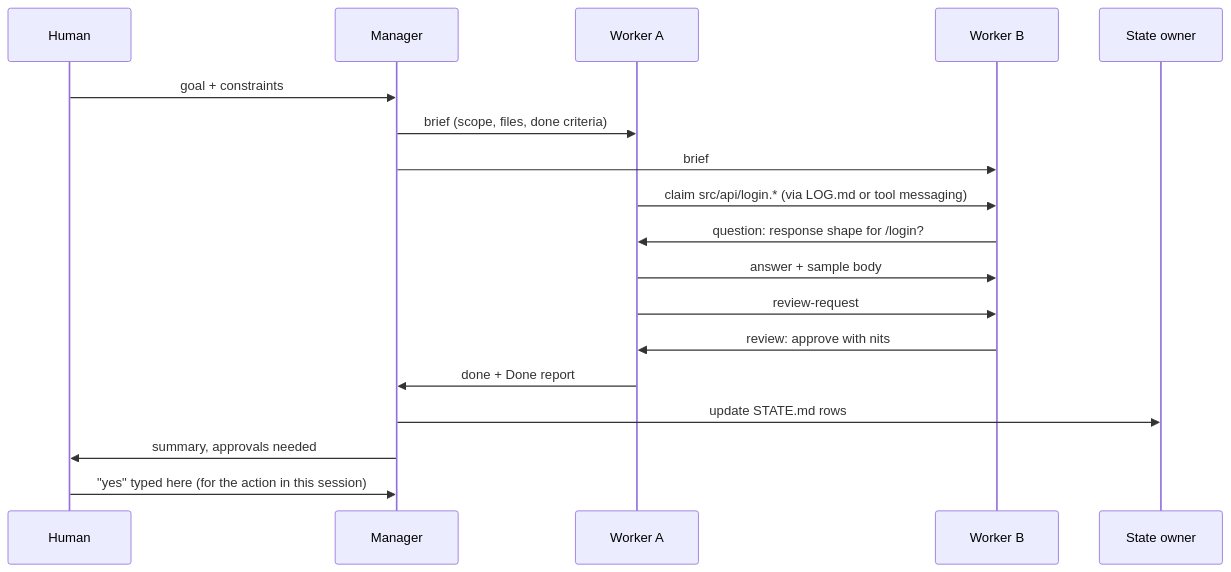
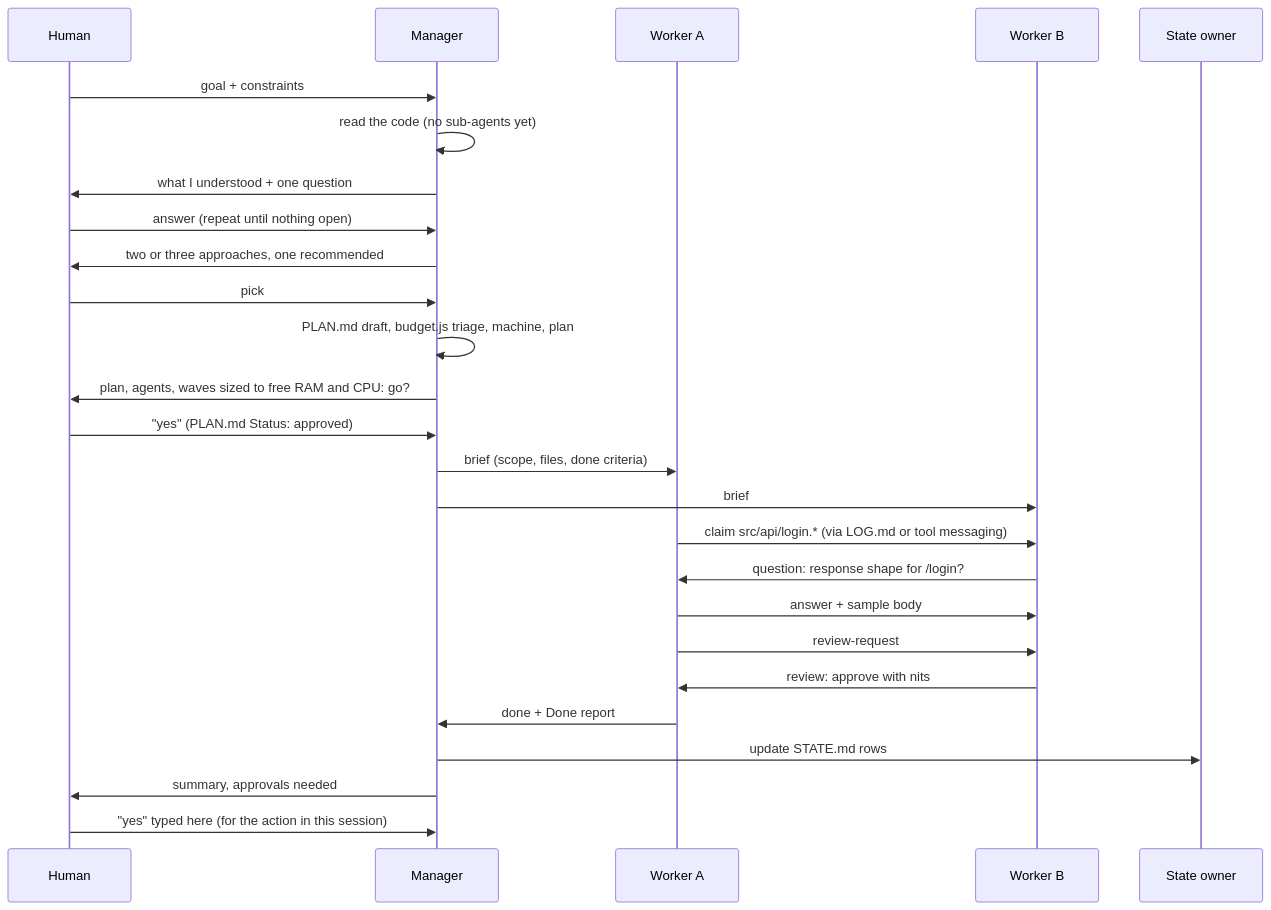
One commit to BeastabTech/agent-workflow-kit changed the second of 7 diagrams in docs/FLOW.md. Above: the diagram before and after it, drawn with Mermaid. The commit also changed 22 other files, not shown here.

First line of the commit message:
feat: discuss and approve a plan before spawning; size parallel agents to free memory and CPU

````diff
--- a/docs/FLOW.md
+++ b/docs/FLOW.md
@@ -22,20 +22,28 @@
 ```mermaid
 sequenceDiagram
     participant H as Human
     participant M as Manager
     participant A as Worker A
     participant B as Worker B
     participant S as State owner
     H->>M: goal + constraints
+    M->>M: read the code (no sub-agents yet)
+    M->>H: what I understood + one question
+    H->>M: answer (repeat until nothing open)
+    M->>H: two or three approaches, one recommended
+    H->>M: pick
+    M->>M: PLAN.md draft, budget.js triage, machine, plan
+    M->>H: plan, agents, waves sized to free RAM and CPU: go?
+    H->>M: "yes" (PLAN.md Status: approved)
     M->>A: brief (scope, files, done criteria)
     M->>B: brief
     A->>B: claim src/api/login.* (via LOG.md or tool messaging)
     B->>A: question: response shape for /login?
     A->>B: answer + sample body
     A->>B: review-request
     B->>A: review: approve with nits
     A->>M: done + Done report
     M->>S: update STATE.md rows
     M->>H: summary, approvals needed
     H->>M: "yes" typed here (for the action in this session)
 ```
````
